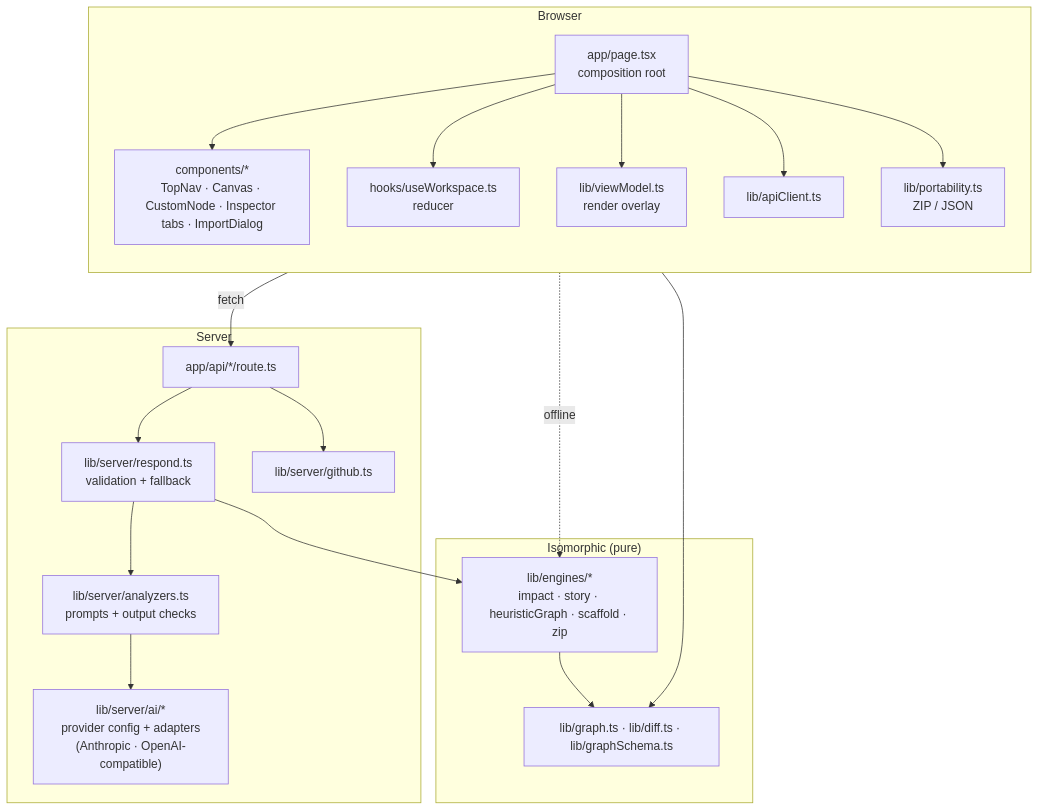
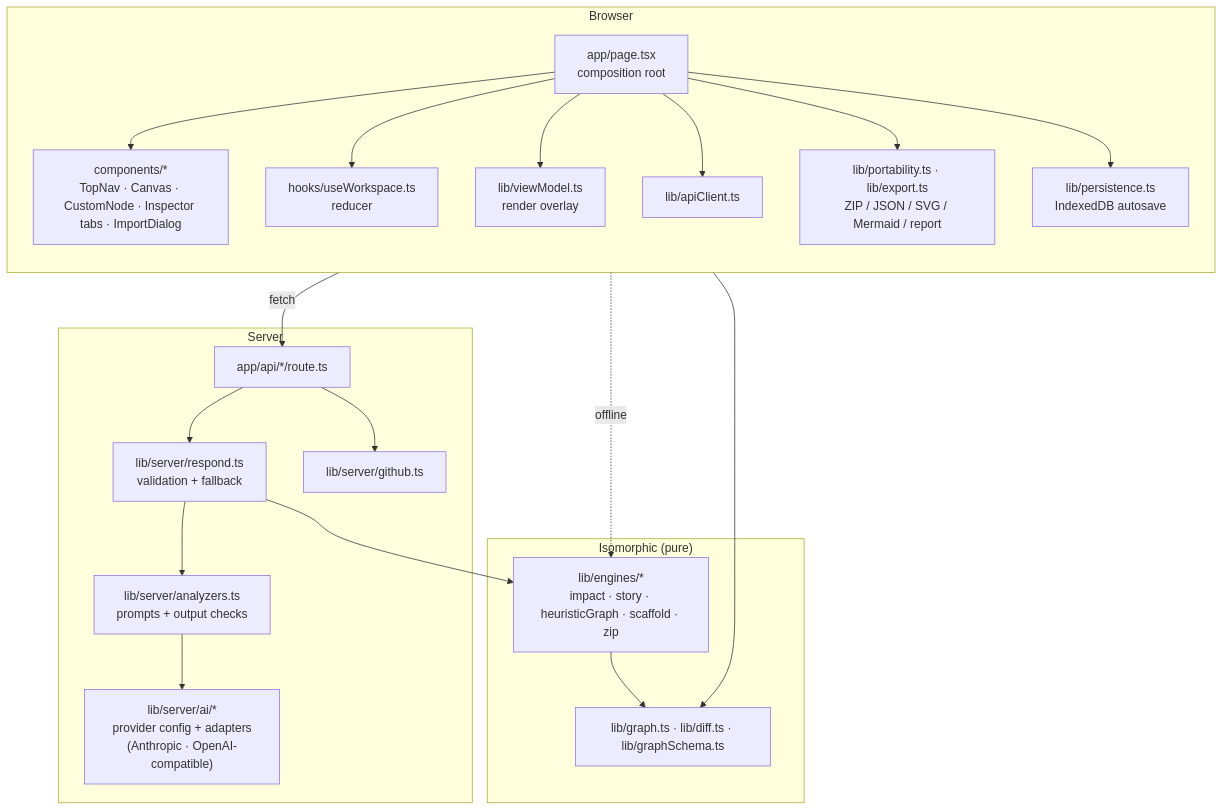
Before and after one commit to imhussain001/codearchitect-ai: the first of 2 diagrams in docs/architecture.md, drawn with Mermaid. The commit also changed 14 other files, not shown here.

First line of the commit message:
feat(export): add diagram, Mermaid and report exports; autosave edits in the browser

````diff
--- a/docs/architecture.md
+++ b/docs/architecture.md
@@ -7,31 +7,32 @@
 ```mermaid
 flowchart TB
   subgraph Browser
     direction TB
     Page["app/page.tsx<br/>composition root"]
     Comp["components/*<br/>TopNav · Canvas · CustomNode · Inspector tabs · ImportDialog"]
     Store["hooks/useWorkspace.ts<br/>reducer"]
     VM["lib/viewModel.ts<br/>render overlay"]
     Client["lib/apiClient.ts"]
-    Port["lib/portability.ts<br/>ZIP / JSON"]
+    Port["lib/portability.ts · lib/export.ts<br/>ZIP / JSON / SVG / Mermaid / report"]
+    Persist["lib/persistence.ts<br/>IndexedDB autosave"]
   end
   subgraph Shared["Isomorphic (pure)"]
     Engines["lib/engines/*<br/>impact · story · heuristicGraph · scaffold · zip"]
     Core["lib/graph.ts · lib/diff.ts · lib/graphSchema.ts"]
   end
   subgraph Server
     Routes["app/api/*/route.ts"]
     Respond["lib/server/respond.ts<br/>validation + fallback"]
     Analyzers["lib/server/analyzers.ts<br/>prompts + output checks"]
     AIGW["lib/server/ai/*<br/>provider config + adapters<br/>(Anthropic · OpenAI-compatible)"]
     GH["lib/server/github.ts"]
   end
-  Page --> Comp & Store & VM & Client & Port
+  Page --> Comp & Store & VM & Client & Port & Persist
   VM --> Core
   Client -- fetch --> Routes
   Client -. offline .-> Engines
   Routes --> Respond --> Analyzers --> AIGW
   Respond --> Engines
   Routes --> GH
   Engines --> Core
 ```
````
